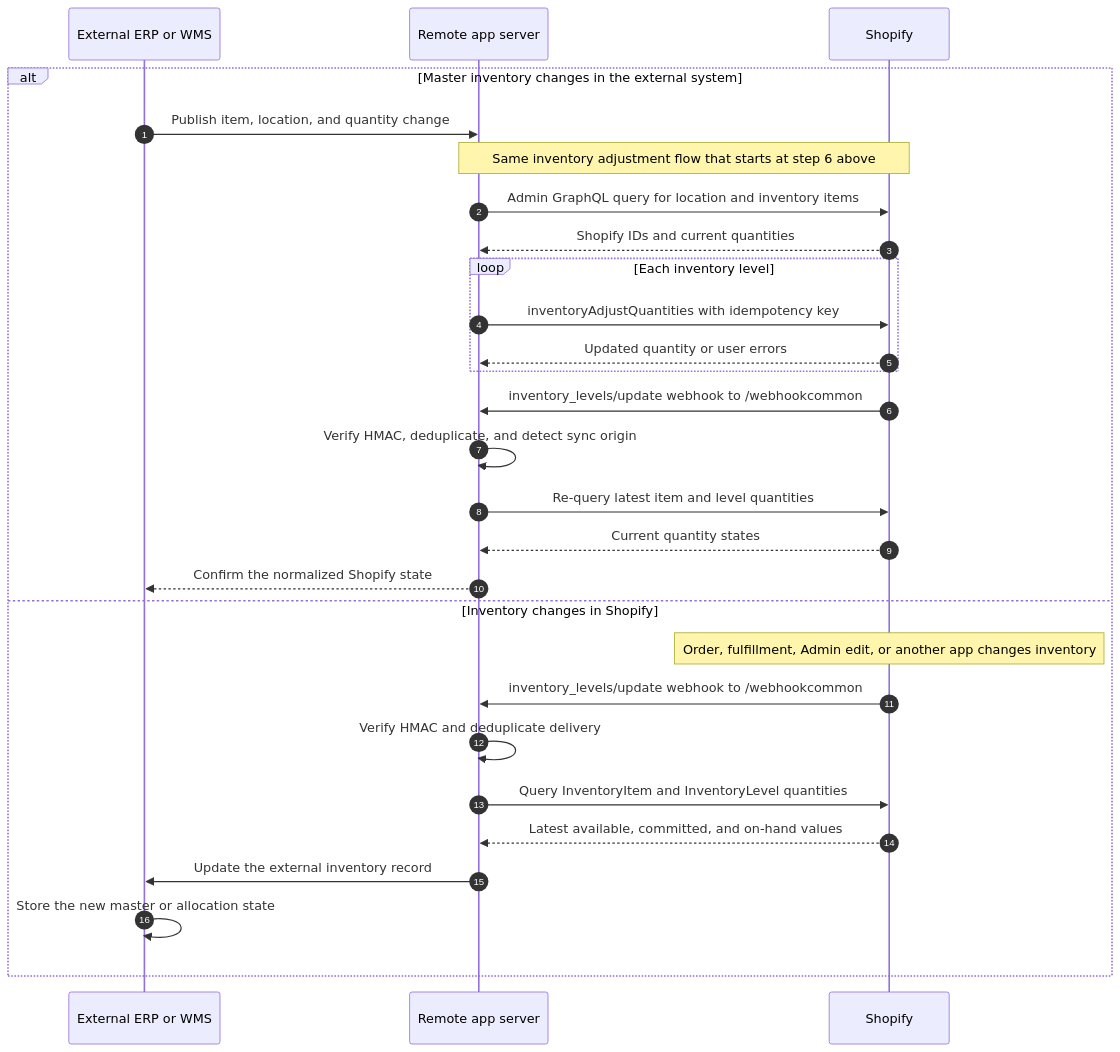
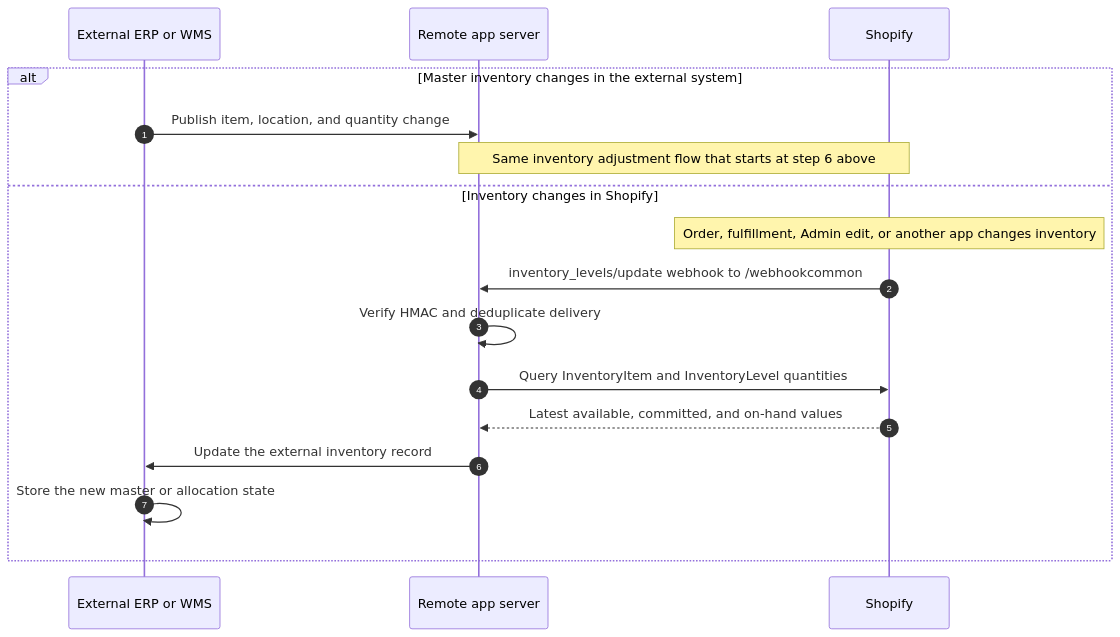
The third of 3 diagrams in docs/13-ordermanage.md (benzookapi/shopify-barebone-app-sample), drawn with Mermaid before and after one commit. The commit also changed other lines of this file and 1 other file, not shown here.

Commit message:
Align order management documentation

````diff
--- a/docs/13-ordermanage.md
+++ b/docs/13-ordermanage.md
@@ -77,31 +77,20 @@
 ```mermaid
 sequenceDiagram
     autonumber
     participant ERP as External ERP or WMS
     participant App as Remote app server
     participant Shopify as Shopify
 
     alt Master inventory changes in the external system
         ERP->>App: Publish item, location, and quantity change
         Note over App,Shopify: Same inventory adjustment flow that starts at step 6 above
-        App->>Shopify: Admin GraphQL query for location and inventory items
-        Shopify-->>App: Shopify IDs and current quantities
-        loop Each inventory level
-            App->>Shopify: inventoryAdjustQuantities with idempotency key
-            Shopify-->>App: Updated quantity or user errors
-        end
-        Shopify->>App: inventory_levels/update webhook to /webhookcommon
-        App->>App: Verify HMAC, deduplicate, and detect sync origin
-        App->>Shopify: Re-query latest item and level quantities
-        Shopify-->>App: Current quantity states
-        App-->>ERP: Confirm the normalized Shopify state
     else Inventory changes in Shopify
         Note over Shopify: Order, fulfillment, Admin edit, or another app changes inventory
         Shopify->>App: inventory_levels/update webhook to /webhookcommon
         App->>App: Verify HMAC and deduplicate delivery
         App->>Shopify: Query InventoryItem and InventoryLevel quantities
         Shopify-->>App: Latest available, committed, and on-hand values
         App->>ERP: Update the external inventory record
         ERP->>ERP: Store the new master or allocation state
     end
 ```
````
